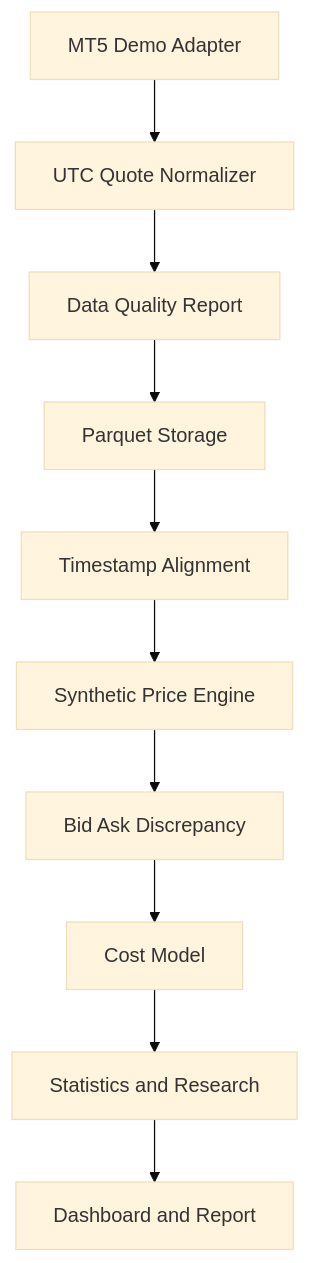
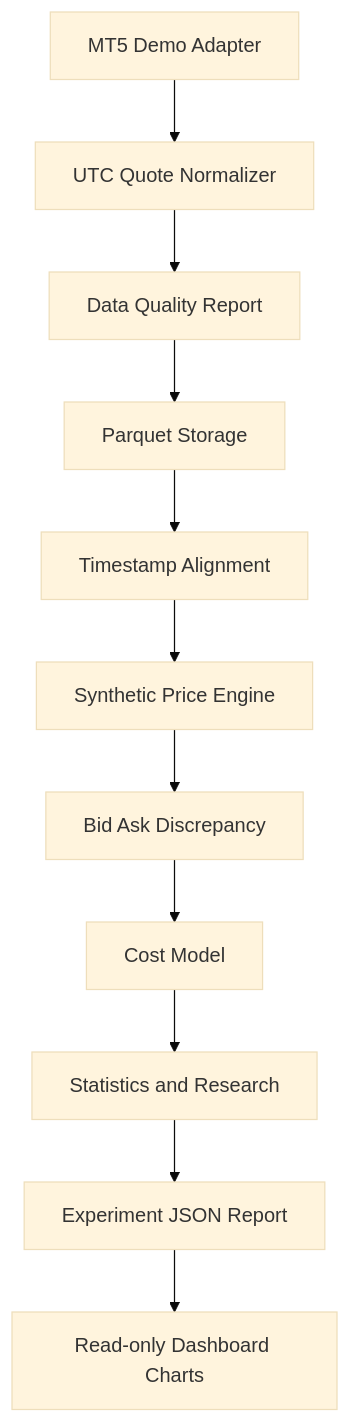
Before and after one commit to ybagheri/market-relationship-discovery: the diagram in docs/architecture/DATA_FLOW.md, drawn with Mermaid (base theme). The commit also changed other lines of this file and 22 other files, not shown here.

Commit message:
feat: add interactive research dashboard charts

````diff
--- a/docs/architecture/DATA_FLOW.md
+++ b/docs/architecture/DATA_FLOW.md
@@ -3,12 +3,13 @@
 ```mermaid
 flowchart TD
     MT5[MT5 Demo Adapter] --> Normalize[UTC Quote Normalizer]
     Normalize --> Quality[Data Quality Report]
     Quality --> Storage[Parquet Storage]
     Storage --> Align[Timestamp Alignment]
     Align --> Synthetic[Synthetic Price Engine]
     Synthetic --> Discrepancy[Bid Ask Discrepancy]
     Discrepancy --> Costs[Cost Model]
-    Costs --> Research[Statistics and Research]
-    Research --> Report[Dashboard and Report]
+     Costs --> Research[Statistics and Research]
+     Research --> Report[Experiment JSON Report]
+     Report --> Dashboard[Read-only Dashboard Charts]
 ```
````
